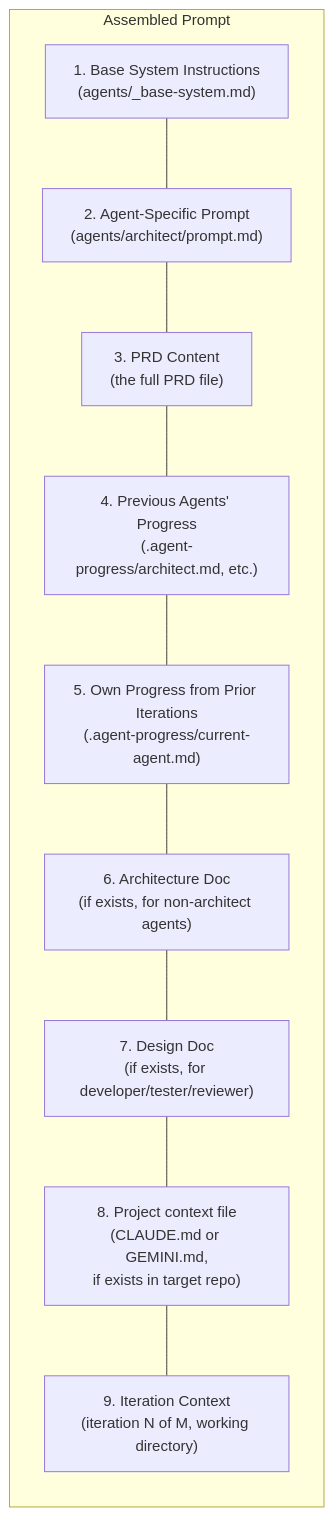
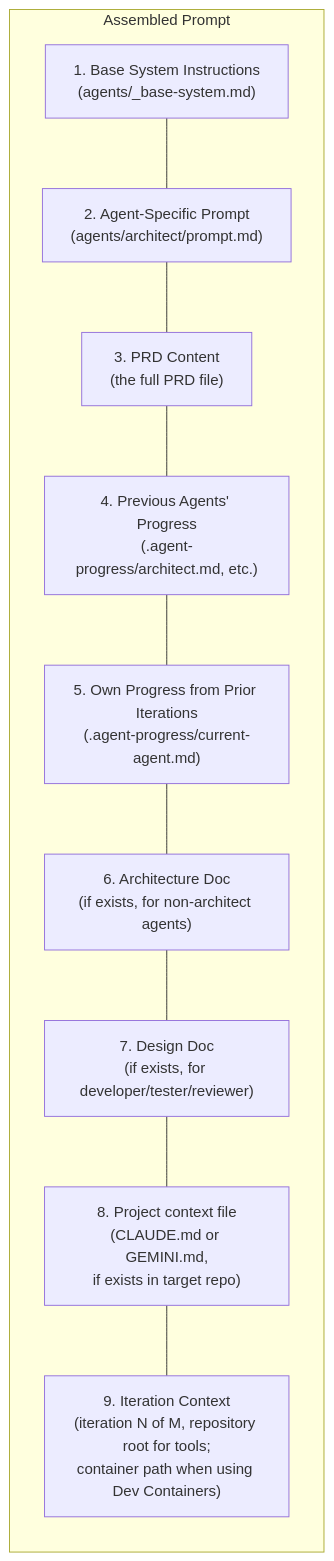
One commit to delehner/wisp changed the second of 3 diagrams in docs/ralph-loop.md. Above: the diagram before and after it, drawn with Mermaid. The commit also changed 3 other files, not shown here.

````diff
--- a/docs/ralph-loop.md
+++ b/docs/ralph-loop.md
@@ -50,17 +50,17 @@
 ```mermaid
 flowchart TD
     subgraph Prompt["Assembled Prompt"]
         direction TB
         L1["1. Base System Instructions\n(agents/_base-system.md)"]
         L2["2. Agent-Specific Prompt\n(agents/architect/prompt.md)"]
         L3["3. PRD Content\n(the full PRD file)"]
         L4["4. Previous Agents' Progress\n(.agent-progress/architect.md, etc.)"]
         L5["5. Own Progress from Prior Iterations\n(.agent-progress/current-agent.md)"]
         L6["6. Architecture Doc\n(if exists, for non-architect agents)"]
         L7["7. Design Doc\n(if exists, for developer/tester/reviewer)"]
         L8["8. Project context file\n(CLAUDE.md or GEMINI.md,\nif exists in target repo)"]
-        L9["9. Iteration Context\n(iteration N of M, working directory)"]
+        L9["9. Iteration Context\n(iteration N of M, repository root for tools;\ncontainer path when using Dev Containers)"]
 
         L1 --- L2 --- L3 --- L4 --- L5 --- L6 --- L7 --- L8 --- L9
     end
 ```
````
